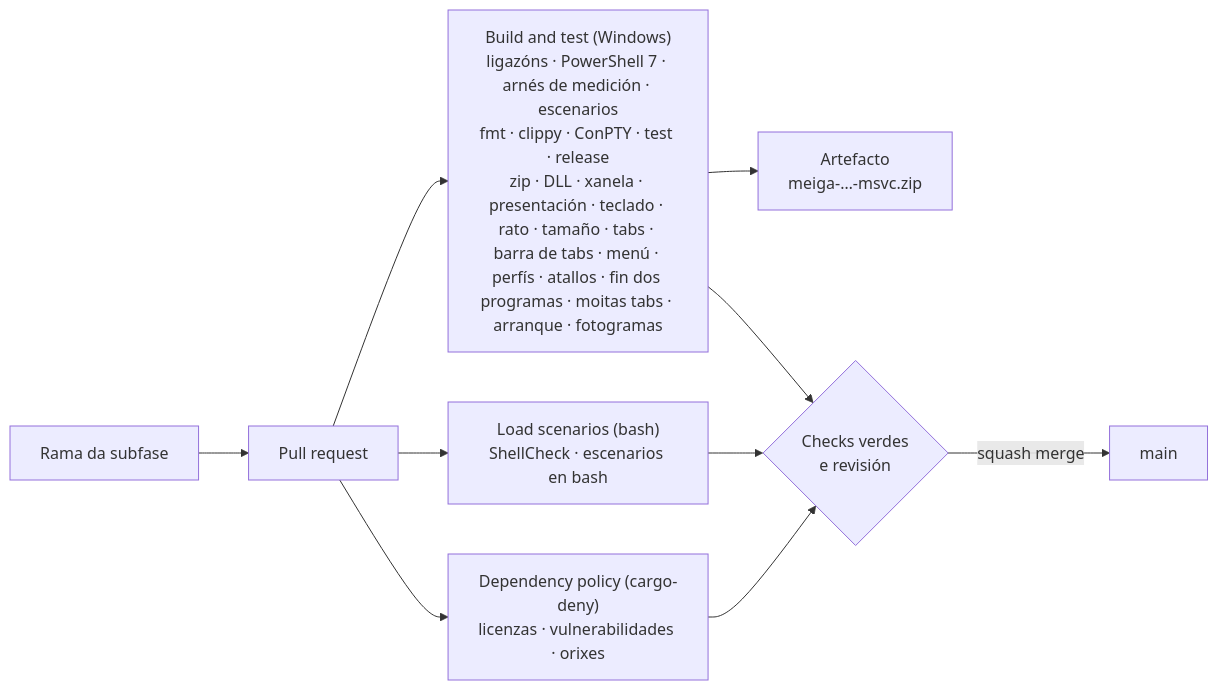
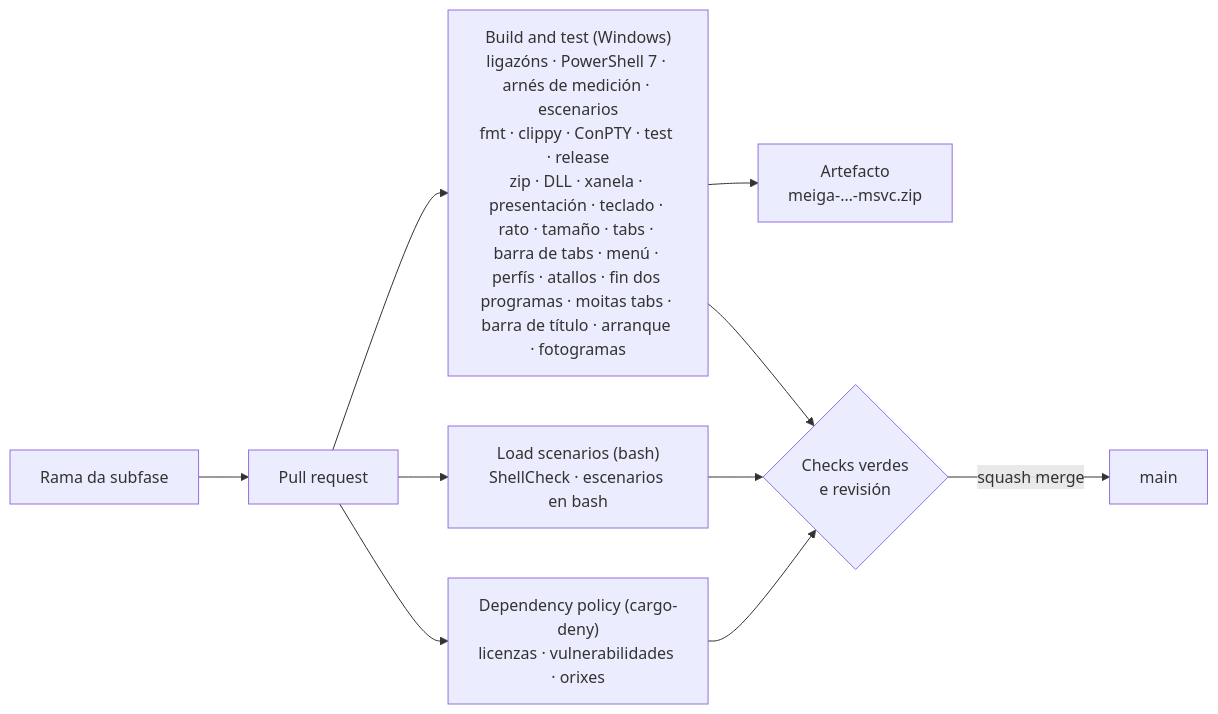
One commit to NewHouses/meiga changed diagram 20 of 22 in docs/arquitectura.md. Above: the diagram before and after it, drawn with Mermaid. The commit also changed other lines of this file and 38 other files, not shown here.

````diff
--- a/docs/arquitectura.md
+++ b/docs/arquitectura.md
@@ -548,12 +578,12 @@
 ```mermaid
 flowchart LR
     rama["Rama da subfase"] --> pr["Pull request"]
-    pr --> win["Build and test (Windows)<br/>ligazóns · PowerShell 7 · arnés de medición · escenarios<br/>fmt · clippy · ConPTY · test · release<br/>zip · DLL · xanela · presentación · teclado · rato · tamaño · tabs · barra de tabs · menú · perfís · atallos · fin dos programas · moitas tabs · arranque · fotogramas"]
+    pr --> win["Build and test (Windows)<br/>ligazóns · PowerShell 7 · arnés de medición · escenarios<br/>fmt · clippy · ConPTY · test · release<br/>zip · DLL · xanela · presentación · teclado · rato · tamaño · tabs · barra de tabs · menú · perfís · atallos · fin dos programas · moitas tabs · barra de título · arranque · fotogramas"]
     pr --> scen["Load scenarios (bash)<br/>ShellCheck · escenarios en bash"]
     pr --> deny["Dependency policy (cargo-deny)<br/>licenzas · vulnerabilidades · orixes"]
     win --> art["Artefacto<br/>meiga-…-msvc.zip"]
     win --> ok{"Checks verdes<br/>e revisión"}
     scen --> ok
     deny --> ok
     ok -->|squash merge| main["main"]
 ```
````
